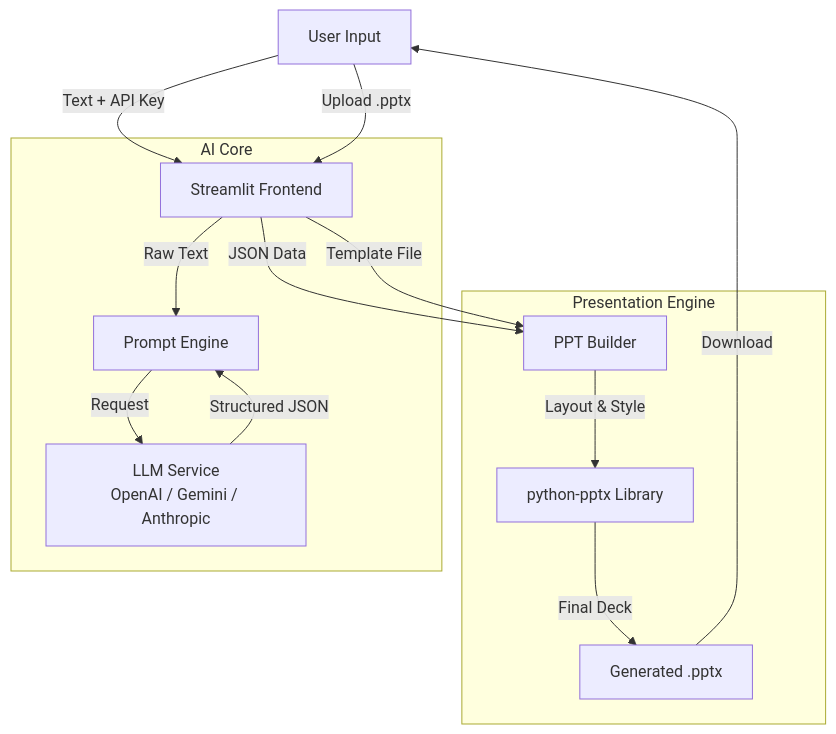
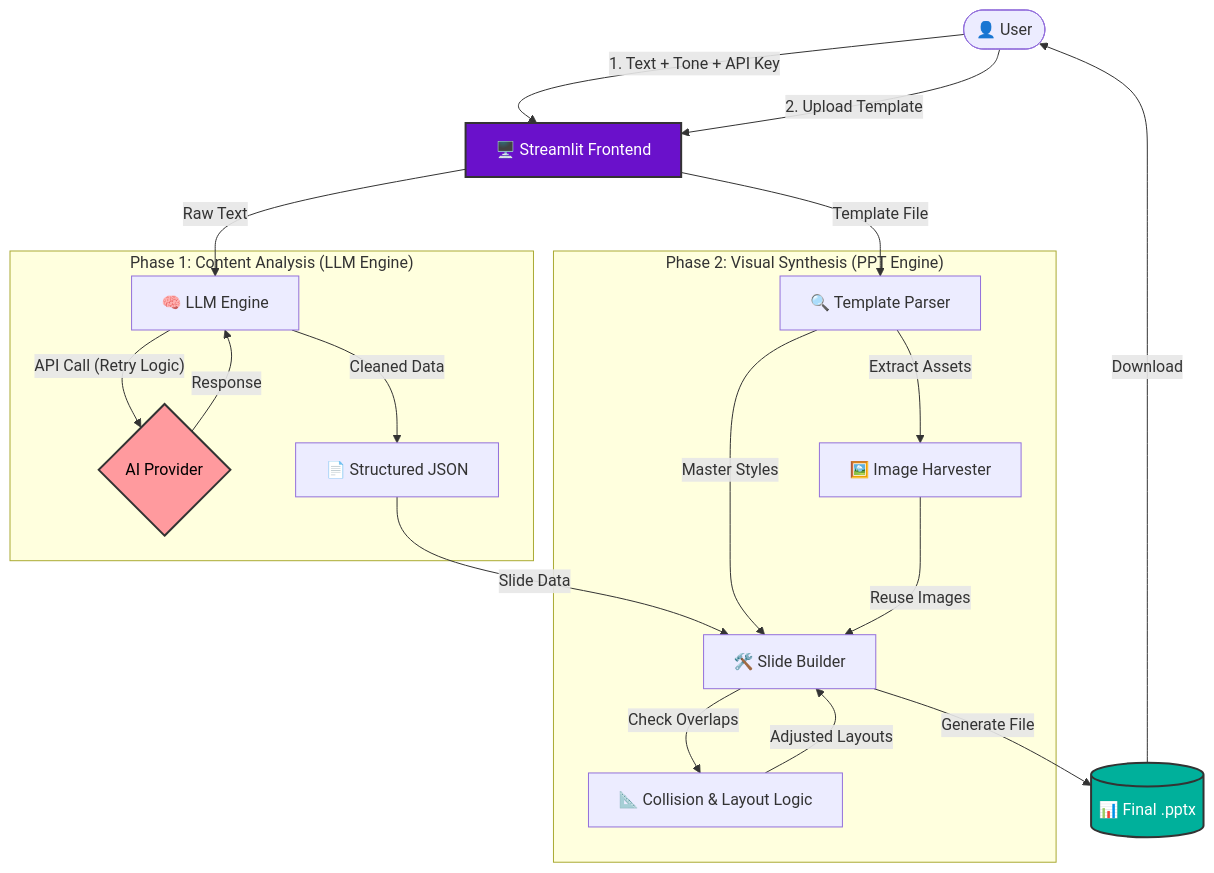
The diagram in README.md (Ram9608/Smart_PPT_Generator), drawn with Mermaid before and after one commit. The commit also changed other lines of this file, not shown here.

Commit message:
Update README with detailed architecture and improved formatting

````diff
--- a/README.md
+++ b/README.md
@@ -34,20 +15,48 @@
 ```mermaid
 graph TD
-    User[User Input] -->|Text + API Key| GUI[Streamlit Frontend]
-    User -->|Upload .pptx| GUI
+    %% Nodes
+    User([👤 User])
+    UI[🖥️ Streamlit Frontend]
     
-    subgraph "AI Core"
-        GUI -->|Raw Text| Parser[Prompt Engine]
-        Parser -->|Request| API[LLM Service\nOpenAI / Gemini / Anthropic]
-        API -->|Structured JSON| Parser
+    subgraph "Phase 1: Content Analysis (LLM Engine)"
+        LLM[🧠 LLM Engine]
+        API{AI Provider}
+        JSON[📄 Structured JSON]
     end
     
-    subgraph "Presentation Engine"
-        GUI -->|JSON Data| Build[PPT Builder]
-        GUI -->|Template File| Build
-        Build -->|Layout & Style| PPTX[python-pptx Library]
-        PPTX -->|Final Deck| Out[Generated .pptx]
+    subgraph "Phase 2: Visual Synthesis (PPT Engine)"
+        Parser[🔍 Template Parser]
+        ImgLib[🖼️ Image Harvester]
+        Builder[🛠️ Slide Builder]
+        Logic[📐 Collision & Layout Logic]
     end
     
-    Out -->|Download| User
+    Output[(📊 Final .pptx)]
+
+    %% Connections
+    User -->|1. Text + Tone + API Key| UI
+    User -->|2. Upload Template| UI
+    
+    UI -->|Raw Text| LLM
+    LLM -->|"API Call (Retry Logic)"| API
+    API -->|Response| LLM
+    LLM -->|Cleaned Data| JSON
+    
+    UI -->|Template File| Parser
+    Parser -->|Extract Assets| ImgLib
+    
+    JSON -->|Slide Data| Builder
+    Parser -->|Master Styles| Builder
+    ImgLib -->|Reuse Images| Builder
+    
+    Builder -->|Check Overlaps| Logic
+    Logic -->|Adjusted Layouts| Builder
+    
+    Builder -->|Generate File| Output
+    Output -->|Download| User
+
+    %% Styling
+    style UI fill:#6a11cb,stroke:#333,stroke-width:2px,color:white
+    style API fill:#ff9a9e,stroke:#333,stroke-width:2px,color:black
+    style Output fill:#00b09b,stroke:#333,stroke-width:2px,color:white
 ```
````
